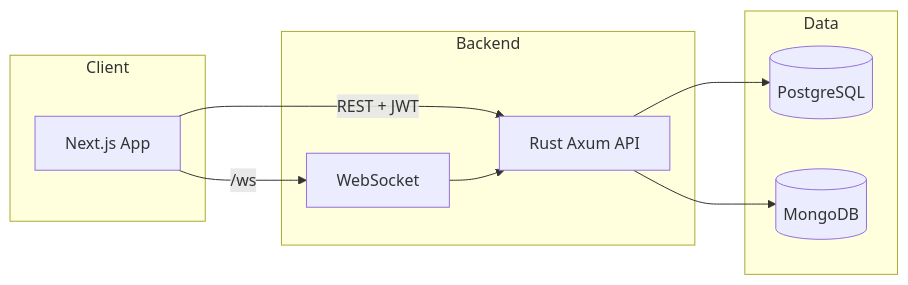
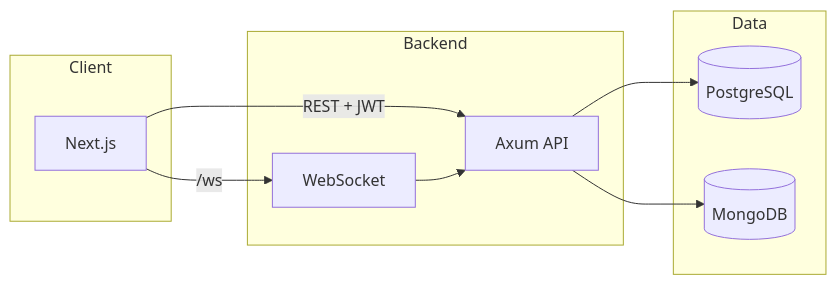
Before and after one commit to RomeoCavazza/piscine-epitech: the first of 3 diagrams in README.md, drawn with Mermaid. The commit also changed other lines of this file and 1 other file, not shown here.

First line of the commit message:
docs: README regroupé + Mermaid (archi, flux, WS) · feat: indicateur typing (sidebar + au-dessus input)

````diff
--- a/README.md
+++ b/README.md
@@ -34,19 +32,19 @@
 ```mermaid
 flowchart LR
-    subgraph Client
-        Browser[Next.js App]
+    subgraph client["Client"]
+        Browser[Next.js]
     end
-    subgraph Backend
-        API[Rust Axum API]
+    subgraph backend["Backend"]
+        API[Axum API]
         WS[WebSocket]
     end
-    subgraph Data
+    subgraph data["Data"]
         PG[(PostgreSQL)]
         Mongo[(MongoDB)]
     end
     Browser -->|REST + JWT| API
     Browser -->|/ws| WS
     API --> PG
     API --> Mongo
     WS --> API
 ```
````
